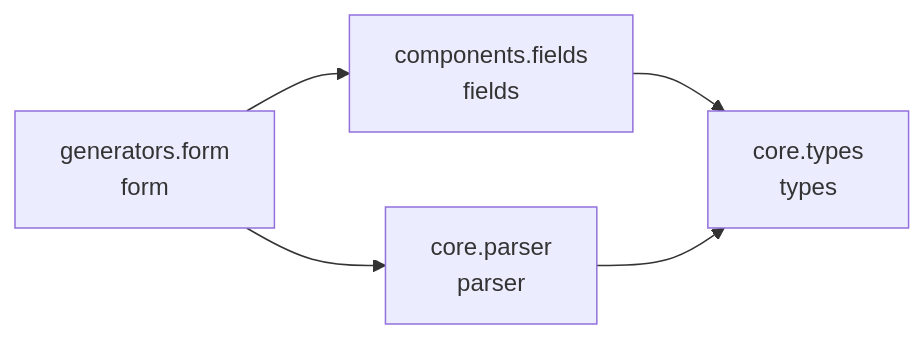
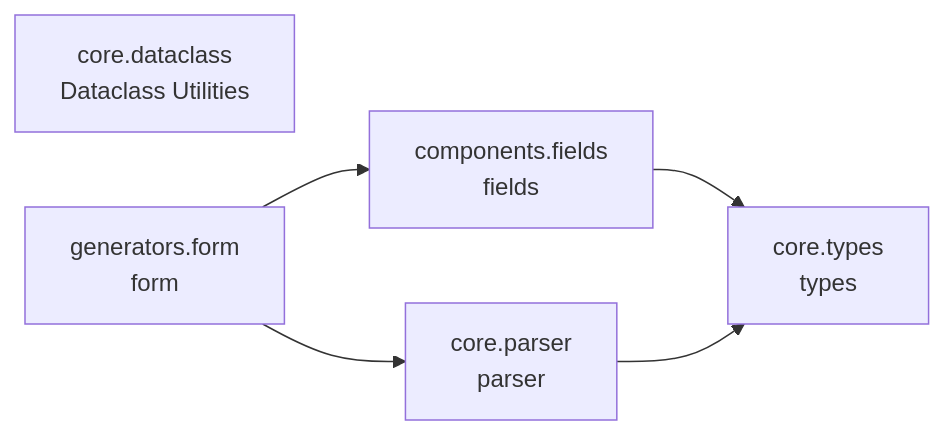
The diagram in README.md (cj-mills/cjm-fasthtml-jsonschema), drawn with Mermaid before and after one commit. The commit also changed other lines of this file and 4 other files, not shown here.

Commit message:
Add dataclass-to-JSON-schema conversion utilities for form generation.

````diff
--- a/README.md
+++ b/README.md
@@ -53,12 +54,13 @@
 ``` mermaid
 graph LR
     components_fields[components.fields<br/>fields]
+    core_dataclass[core.dataclass<br/>Dataclass Utilities]
     core_parser[core.parser<br/>parser]
     core_types[core.types<br/>types]
     generators_form[generators.form<br/>form]
 
     components_fields --> core_types
     core_parser --> core_types
     generators_form --> core_parser
     generators_form --> components_fields
 ```
````
